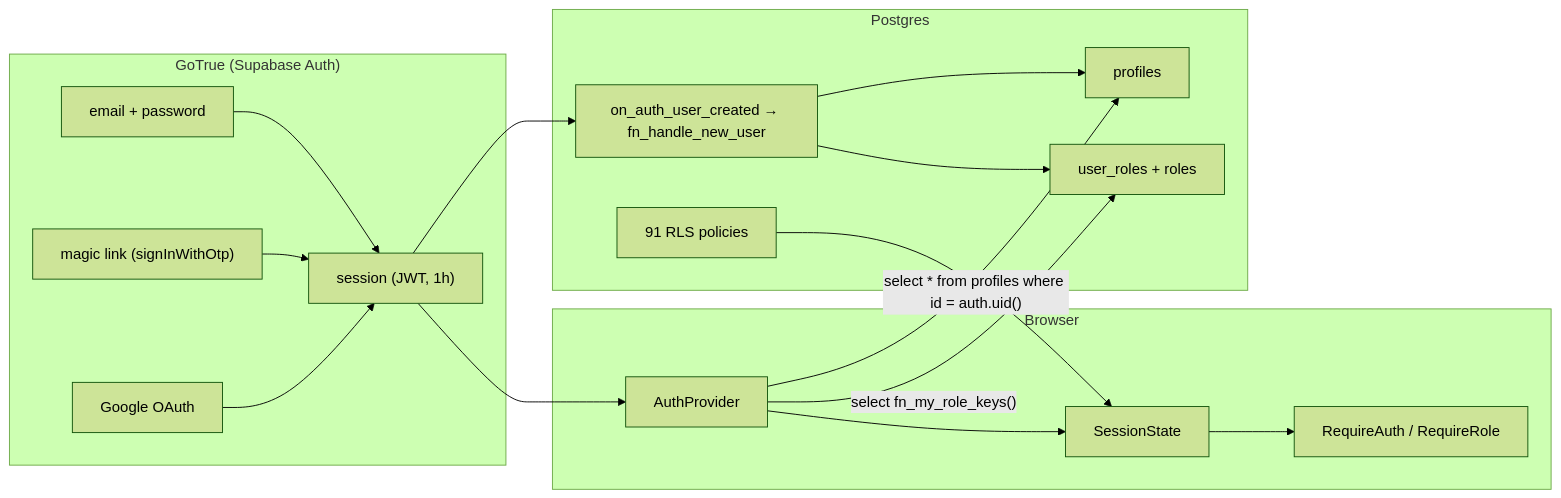
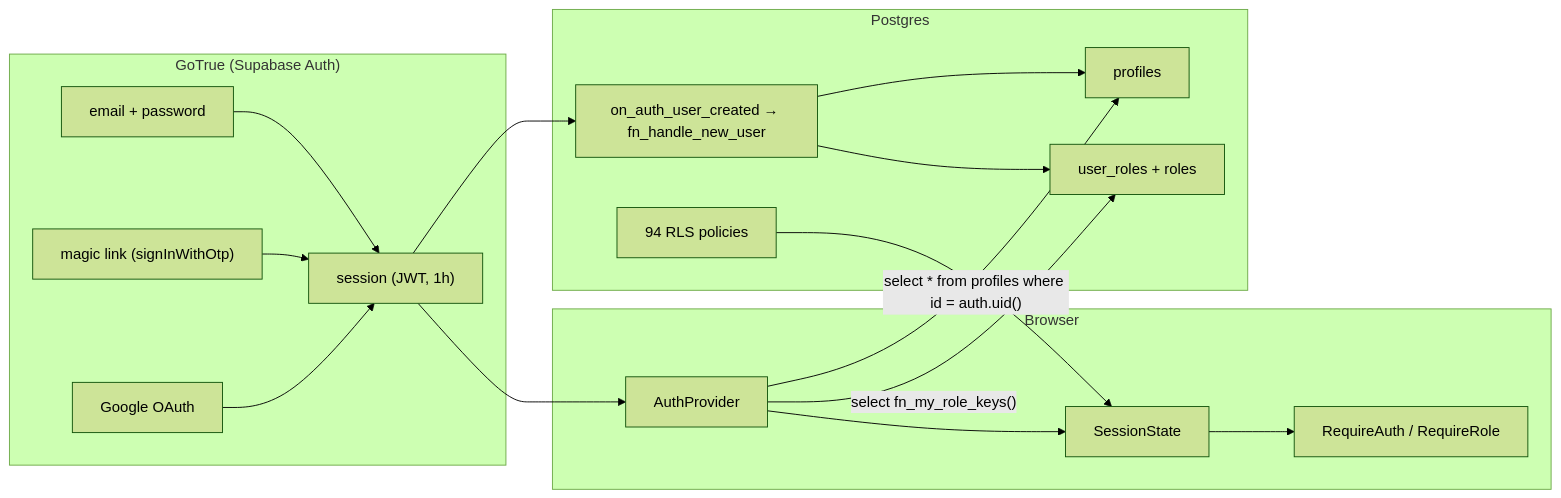
Before and after one commit to jahseed89/unisex: the first of 3 diagrams in docs/05-authentication-model.md, drawn with Mermaid (forest theme). The commit also changed 38 other files, not shown here.

````diff
--- a/docs/05-authentication-model.md
+++ b/docs/05-authentication-model.md
@@ -7,33 +7,33 @@
 ```mermaid
 flowchart LR
   subgraph GoTrue["GoTrue (Supabase Auth)"]
     U["email + password"]
     OTP["magic link (signInWithOtp)"]
     G["Google OAuth"]
     P["session (JWT, 1h)"]
   end
   subgraph Browser["Browser"]
     AP["AuthProvider"]
     SS["SessionState"]
     RG["RequireAuth / RequireRole"]
   end
   subgraph PG["Postgres"]
     T["on_auth_user_created → fn_handle_new_user"]
     P1["profiles"]
     UR["user_roles + roles"]
-    P2["91 RLS policies"]
+    P2["94 RLS policies"]
   end
 
   U --> P
   OTP --> P
   G --> P
   P --> AP
   AP --> SS
   SS --> RG
   AP -->|"select * from profiles where id = auth.uid()"| P1
   AP -->|"select fn_my_role_keys()"| UR
   P --> T
   T --> P1
   T --> UR
   P2 --> SS
 ```
````
